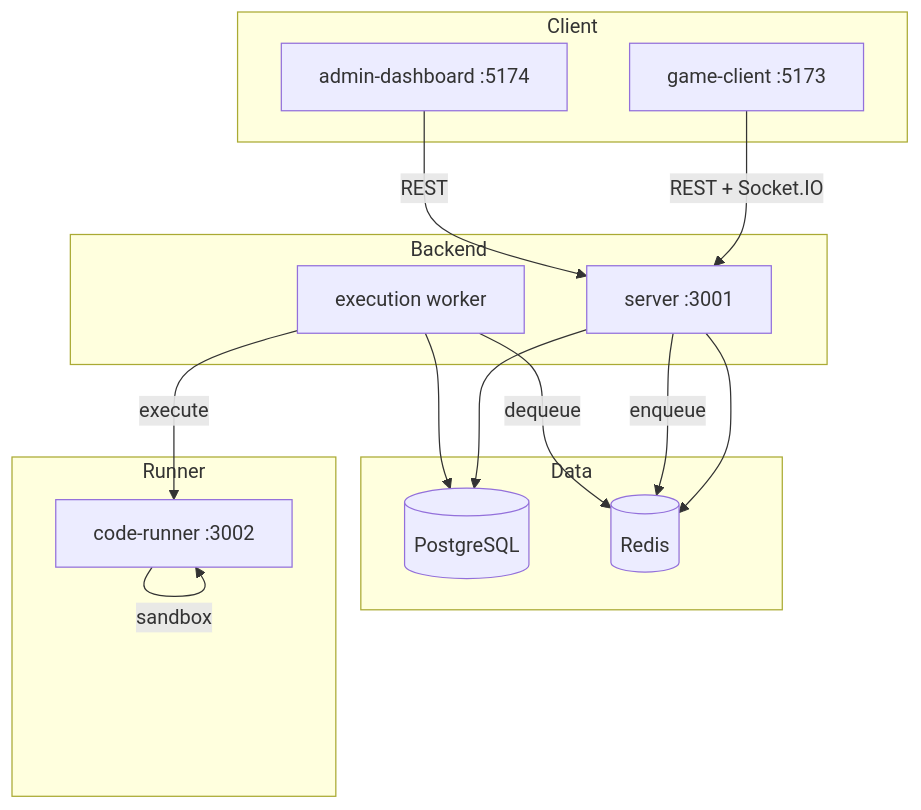
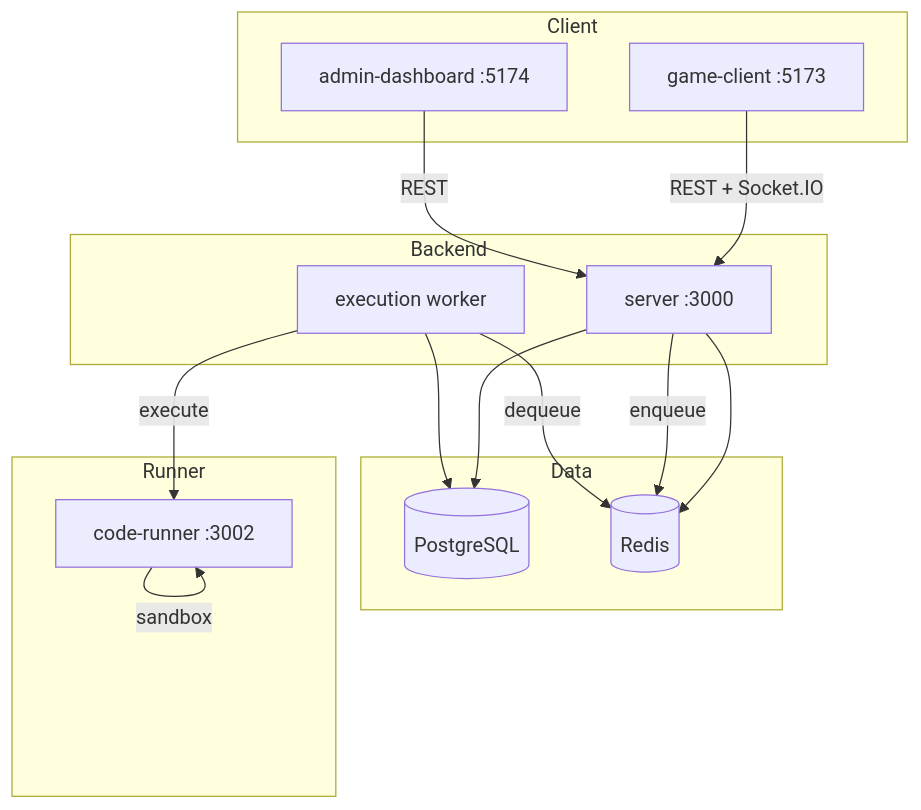
The diagram in docs/Architecture.md (Dilipkumar01837/except3d_cte_project_sourcecode), drawn with Mermaid before and after one commit. The commit also changed other lines of this file and 79 other files, not shown here.

````diff
--- a/docs/Architecture.md
+++ b/docs/Architecture.md
@@ -7,31 +8,31 @@
 ```mermaid
 flowchart TB
     subgraph Client
         GC[game-client :5173]
         AD[admin-dashboard :5174]
     end
 
     subgraph Backend
-        API[server :3001]
+        API[server :3000]
         WKR[execution worker]
     end
 
     subgraph Data
         PG[(PostgreSQL)]
         RD[(Redis)]
     end
 
     subgraph Runner
         CR[code-runner :3002]
     end
 
     GC -->|REST + Socket.IO| API
     AD -->|REST| API
     API --> PG
     API --> RD
     API -->|enqueue| RD
     WKR -->|dequeue| RD
     WKR --> PG
     WKR -->|execute| CR
     CR -->|sandbox| CR
 ```
````
